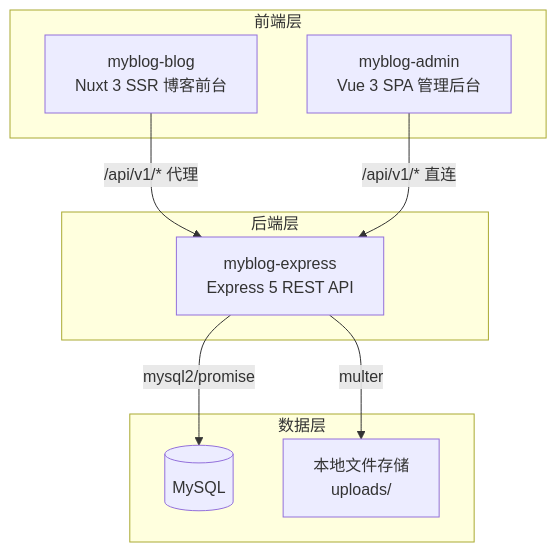
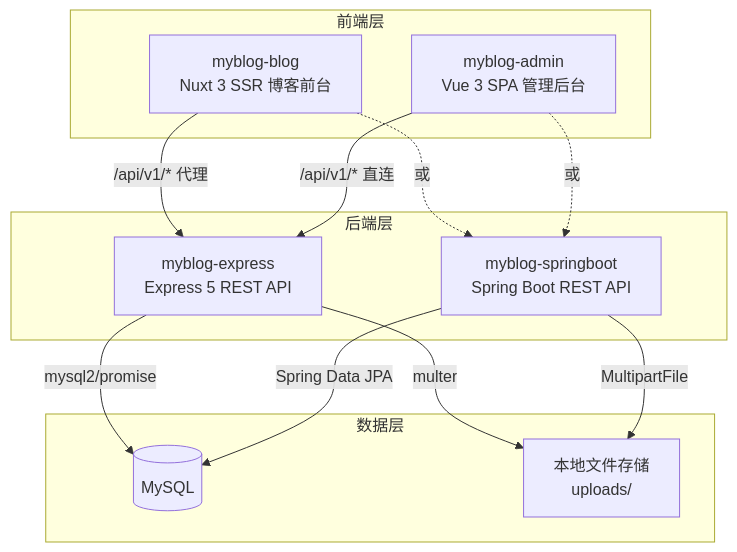
The diagram in README.md (luoxiwhyye/MyBlog), drawn with Mermaid before and after one commit. The commit also changed other lines of this file and 163 other files, not shown here.

````diff
--- a/README.md
+++ b/README.md
@@ -26,21 +30,26 @@
 ```mermaid
 graph TB
     subgraph 前端层
         BLOG[myblog-blog<br/>Nuxt 3 SSR 博客前台]
         ADMIN[myblog-admin<br/>Vue 3 SPA 管理后台]
     end
 
     subgraph 后端层
         EXPRESS[myblog-express<br/>Express 5 REST API]
+        SPRING[myblog-springboot<br/>Spring Boot REST API]
     end
 
     subgraph 数据层
         DB[(MySQL)]
         UPLOADS[本地文件存储<br/>uploads/]
     end
 
     BLOG -->|"/api/v1/*" 代理| EXPRESS
+    BLOG -.->|"或"| SPRING
     ADMIN -->|"/api/v1/*" 直连| EXPRESS
+    ADMIN -.->|"或"| SPRING
     EXPRESS -->|mysql2/promise| DB
+    SPRING -->|Spring Data JPA| DB
     EXPRESS -->|multer| UPLOADS
+    SPRING -->|MultipartFile| UPLOADS
 ```
````
